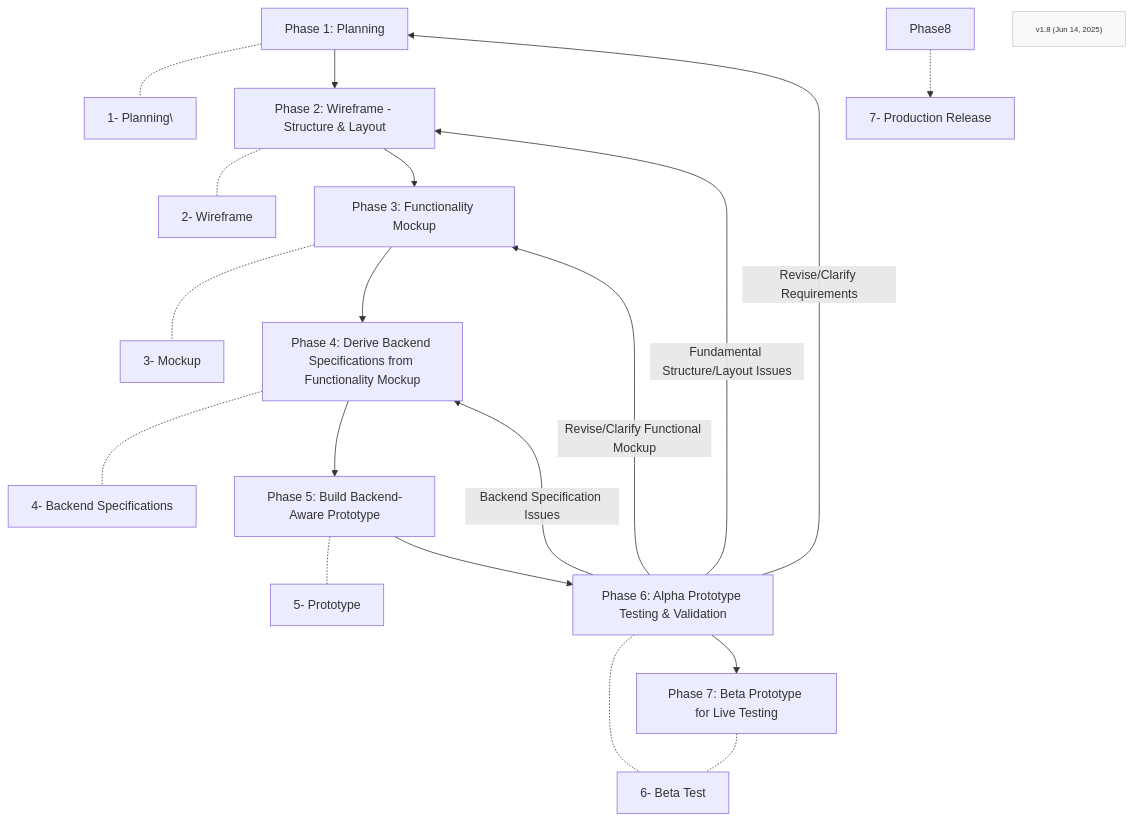
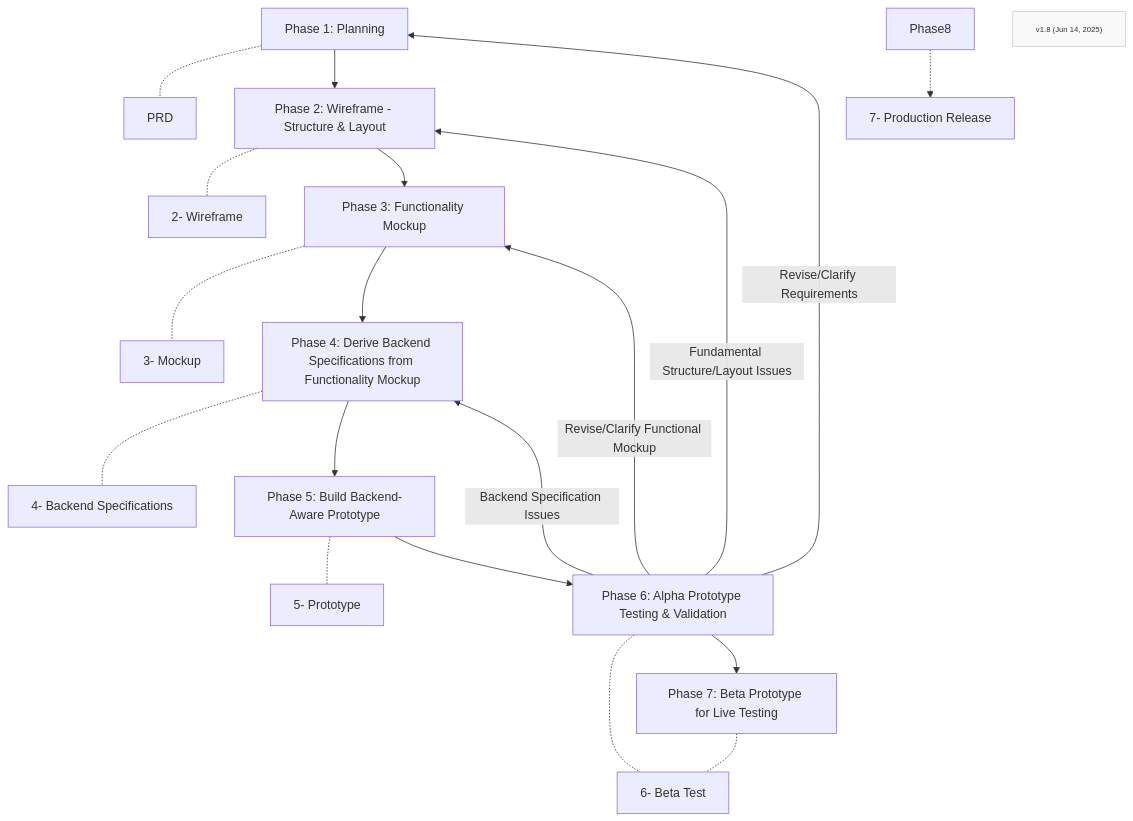
One commit to Mharbulous/Front-First-Method changed the first of 2 diagrams in Phases/FF-overview.md. Above: the diagram before and after it, drawn with Mermaid.

````diff
--- a/Phases/FF-overview.md
+++ b/Phases/FF-overview.md
@@ -1,35 +1,35 @@
 ```mermaid
 graph TD
     
-    Phase1["Phase 1: Planning"] -.- PRD["1- Planning\"]
+    Phase1["Phase 1: Planning"] -.- PRD["PRD"]
     Phase1 --> Phase2["Phase 2: Wireframe - Structure & Layout"]
     Phase2 -.- Wireframe["2- Wireframe"]
     Phase2 --> Phase3["Phase 3: Functionality Mockup"]
     Phase3 -.- Mockup["3- Mockup"]
     Phase3 --> Phase4["Phase 4: Derive Backend Specifications from Functionality Mockup"]
     Phase4 -.- Specs["4- Backend Specifications"]
     Phase4 --> Phase5["Phase 5: Build Backend-Aware Prototype"]
     Phase5 -.- Prototype["5- Prototype"]
     Phase5 --> Phase6["Phase 6: Alpha Prototype Testing & Validation"]
     Phase6 -.- Alpha["5- Alpha Test"]
     Phase6 --> Phase7["Phase 7: Beta Prototype for Live Testing"]    
     Phase6 -->|Revise/Clarify Requirements| Phase1
     Phase6 -->|Fundamental Structure/Layout Issues| Phase2
     Phase6 -->|Revise/Clarify Functional Mockup| Phase3
     Phase6 -->|Backend Specification Issues| Phase4    
     Phase7 -.- Alpha["6- Beta Test"]
     
         
     
 
     
 
         
         Phase8 -.-> Production["7- Production Release"]
 
        
 
     VersionInfo["v1.8 (Jun 14, 2025)"]
     classDef version fill:#f9f9f9,stroke:#ccc,font-size:10px;
     class VersionInfo version
 ```
````
